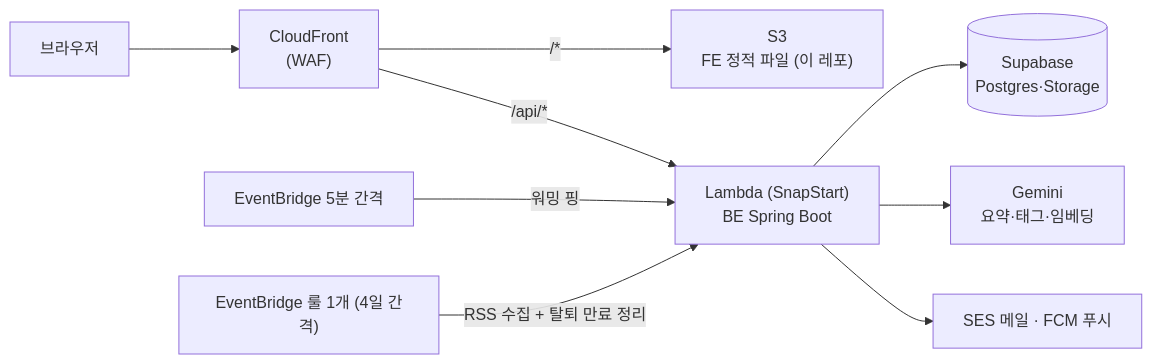
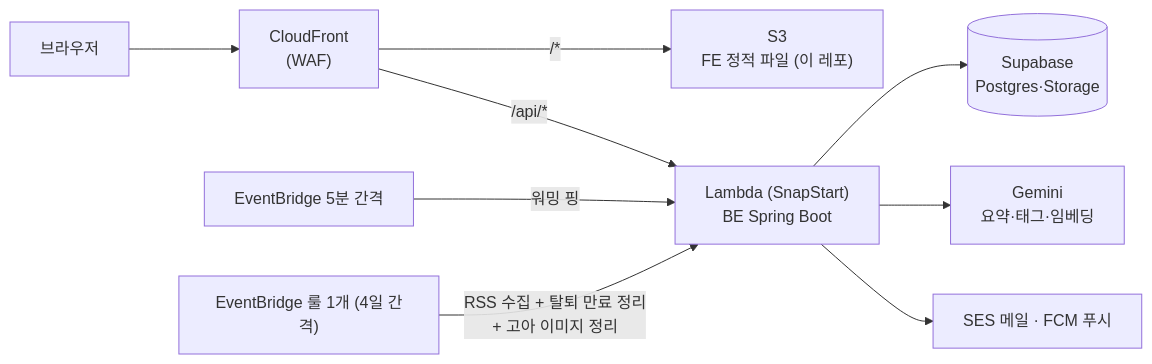
Before and after one commit to BAECHAN/link-sphere_FE_NEW: the first of 2 diagrams in docs/ONBOARDING.md, drawn with Mermaid. The commit also changed other lines of this file and 43 other files, not shown here.

````diff
--- a/docs/ONBOARDING.md
+++ b/docs/ONBOARDING.md
@@ -26,11 +26,11 @@
 ```mermaid
 flowchart LR
   B["브라우저"] --> CF["CloudFront<br/>(WAF)"]
   CF -->|"/*"| S3["S3<br/>FE 정적 파일 (이 레포)"]
   CF -->|"/api/*"| L["Lambda (SnapStart)<br/>BE Spring Boot"]
   L --> DB[("Supabase<br/>Postgres·Storage")]
   L --> AI["Gemini<br/>요약·태그·임베딩"]
   L --> EXT["SES 메일 · FCM 푸시"]
   EB1["EventBridge 5분 간격"] -->|"워밍 핑"| L
-  EB2["EventBridge 룰 1개 (4일 간격)"] -->|"RSS 수집 + 탈퇴 만료 정리"| L
+  EB2["EventBridge 룰 1개 (4일 간격)"] -->|"RSS 수집 + 탈퇴 만료 정리<br/>+ 고아 이미지 정리"| L
 ```
````
